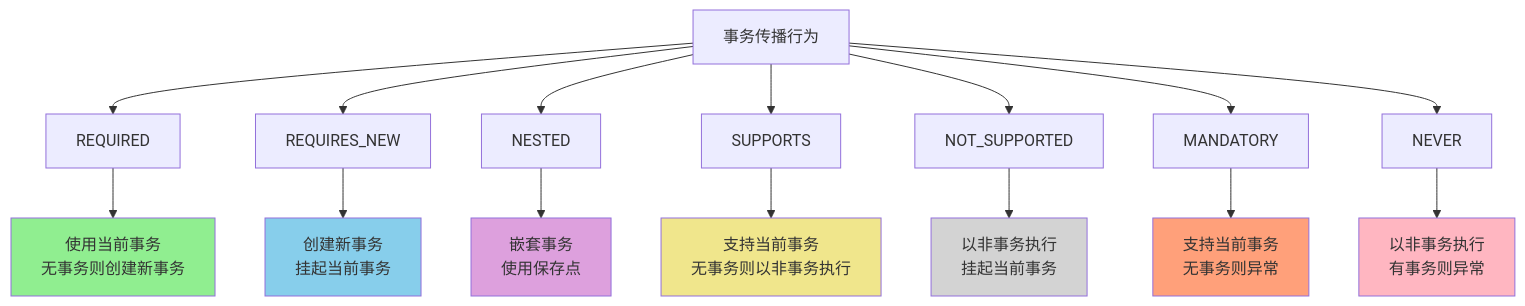
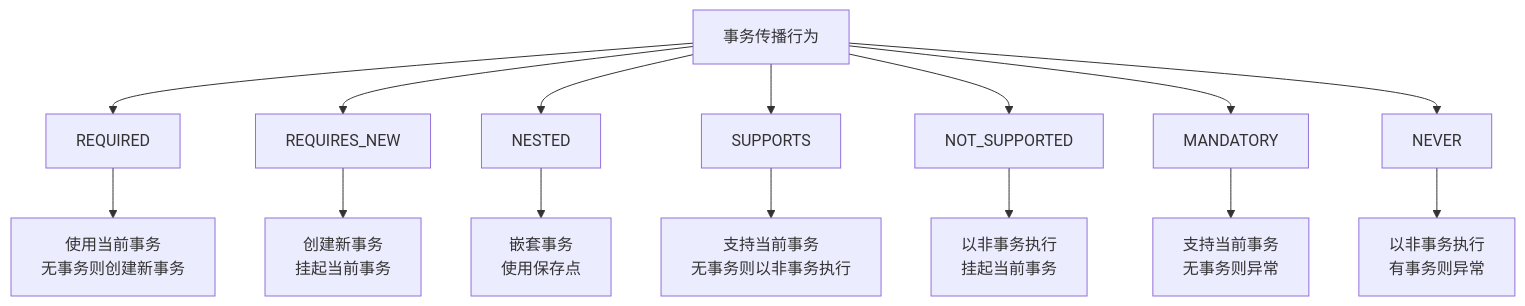
Before and after one commit to dd-xiaozhi/study-notes: the third of 10 diagrams in Java/源码/spring源码/第8章_Spring_事务管理.md, drawn with Mermaid. The commit also changed other lines of this file and 19 other files, not shown here.

````diff
--- a/Java/源码/spring源码/第8章_Spring_事务管理.md
+++ b/Java/源码/spring源码/第8章_Spring_事务管理.md
@@ -346,26 +346,18 @@
 ```mermaid
 flowchart TD
     A[事务传播行为] --> B1[REQUIRED]
     A --> B2[REQUIRES_NEW]
     A --> B3[NESTED]
     A --> B4[SUPPORTS]
     A --> B5[NOT_SUPPORTED]
     A --> B6[MANDATORY]
     A --> B7[NEVER]
     
     B1 --> C1["使用当前事务<br/>无事务则创建新事务"]
     B2 --> C2["创建新事务<br/>挂起当前事务"]
     B3 --> C3["嵌套事务<br/>使用保存点"]
     B4 --> C4["支持当前事务<br/>无事务则以非事务执行"]
     B5 --> C5["以非事务执行<br/>挂起当前事务"]
     B6 --> C6["支持当前事务<br/>无事务则异常"]
     B7 --> C7["以非事务执行<br/>有事务则异常"]
-    
-    style C1 fill:#90EE90
-    style C2 fill:#87CEEB
-    style C3 fill:#DDA0DD
-    style C4 fill:#F0E68C
-    style C5 fill:#D3D3D3
-    style C6 fill:#FFA07A
-    style C7 fill:#FFB6C1
 ```
````
